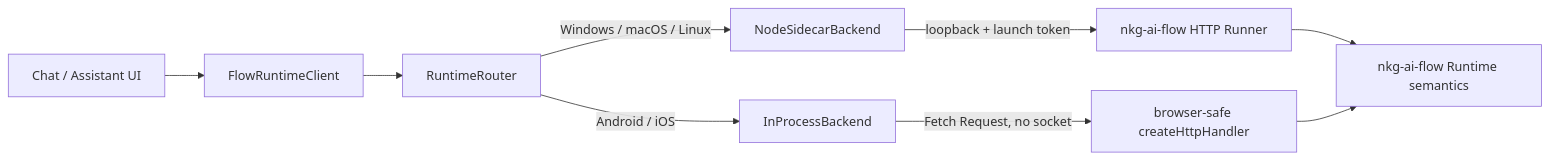
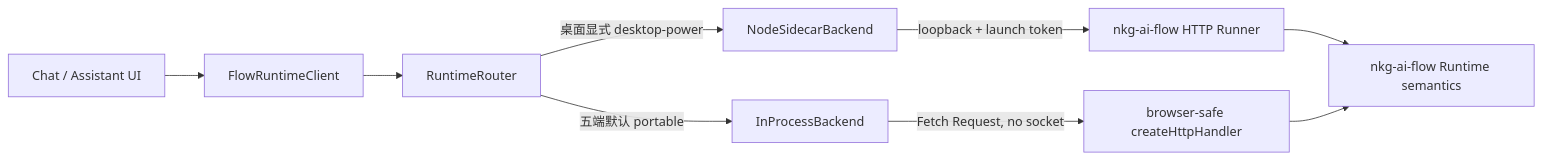
Before and after one commit to wqaetly/nkg-ai-bot: the diagram in docs/architecture/runtime-routing.md, drawn with Mermaid. The commit also changed other lines of this file and 3 other files, not shown here.

````diff
--- a/docs/architecture/runtime-routing.md
+++ b/docs/architecture/runtime-routing.md
@@ -18,11 +21,11 @@
 ```mermaid
 flowchart LR
   UI["Chat / Assistant UI"] --> Client["FlowRuntimeClient"]
   Client --> Router["RuntimeRouter"]
-  Router -->|"Windows / macOS / Linux"| Desktop["NodeSidecarBackend"]
-  Router -->|"Android / iOS"| Mobile["InProcessBackend"]
+  Router -->|"五端默认 portable"| Mobile["InProcessBackend"]
+  Router -->|"桌面显式 desktop-power"| Desktop["NodeSidecarBackend"]
   Desktop -->|"loopback + launch token"| Sidecar["nkg-ai-flow HTTP Runner"]
   Mobile -->|"Fetch Request, no socket"| Handler["browser-safe createHttpHandler"]
   Sidecar --> Runtime["nkg-ai-flow Runtime semantics"]
   Handler --> Runtime
 ```
````
